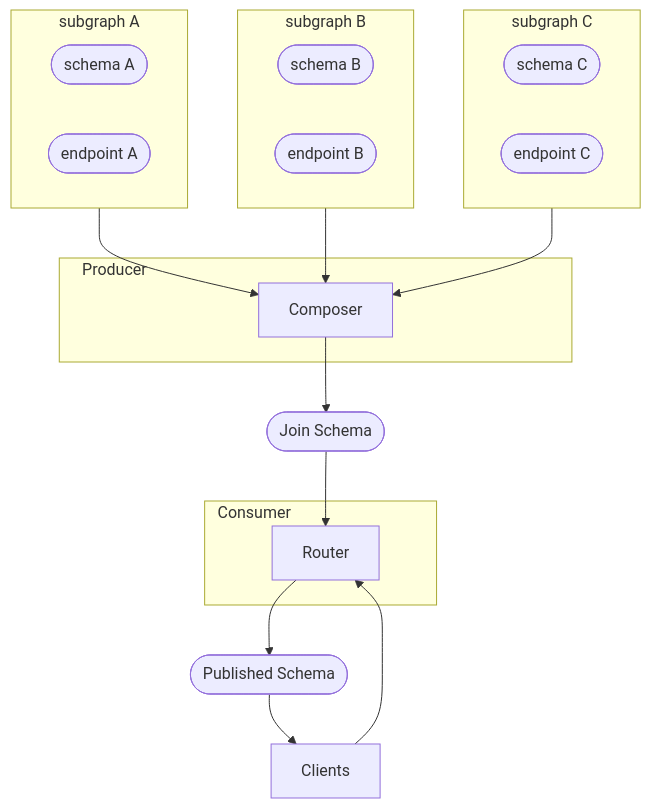
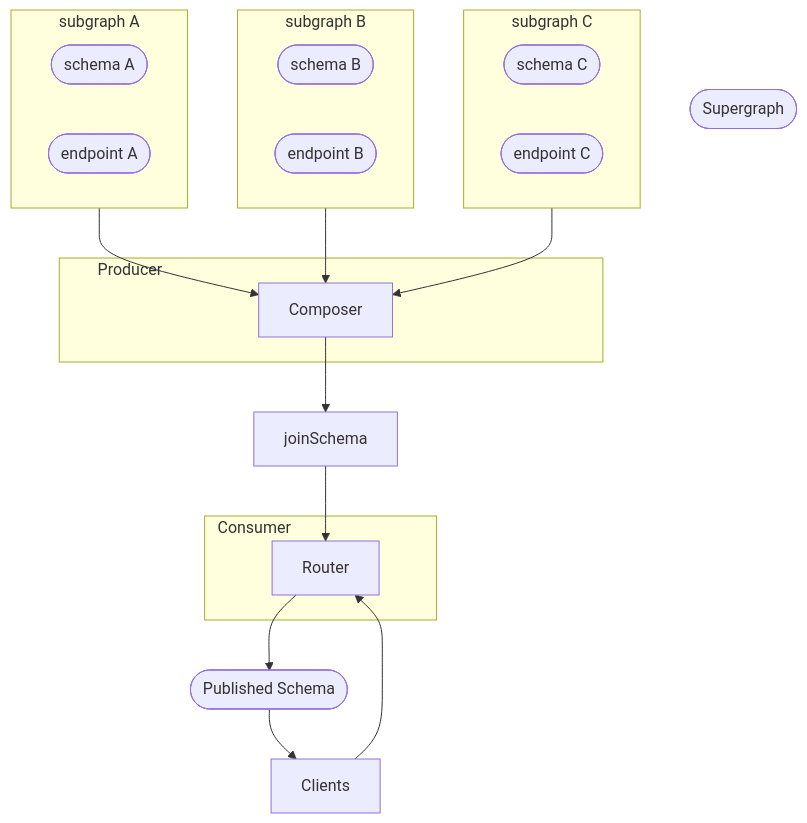
One commit to StephenBarlow/join changed the second of 2 diagrams in draft/pre-0/join.spec.md. Above: the diagram before and after it, drawn with Mermaid. The commit also changed other lines of this file and 6 other files, not shown here.

````diff
--- a/draft/pre-0/join.spec.md
+++ b/draft/pre-0/join.spec.md
@@ -64,30 +65,30 @@
 ```mermaid diagram -- Actors and roles within an example composition pipeline
 flowchart TB
     subgraph A [subgraph A]
       schemaA([schema A])
       endpointA([endpoint A])
     end
     subgraph B [subgraph B]
       schemaB([schema B])
       endpointB([endpoint B])
     end
     subgraph C [subgraph C]
       schemaC([schema C])
       endpointC([endpoint C])
     end
     subgraph "Producer ⠀⠀⠀⠀⠀⠀⠀⠀⠀⠀⠀⠀⠀⠀⠀⠀⠀⠀⠀⠀⠀⠀⠀⠀⠀⠀⠀⠀⠀⠀⠀⠀⠀⠀"
       Composer
     end
-    joinSchema([Join Schema])
+    supergraph([Supergraph])
     subgraph "Consumer ⠀⠀⠀⠀⠀⠀⠀⠀⠀⠀⠀"
       Router
     end
     A-->Composer
     B-->Composer
     C-->Composer
     Composer-->joinSchema
     joinSchema-->Router
     Router-->published([Published Schema])
     published-->Clients
     Clients-->Router
 ```
````
